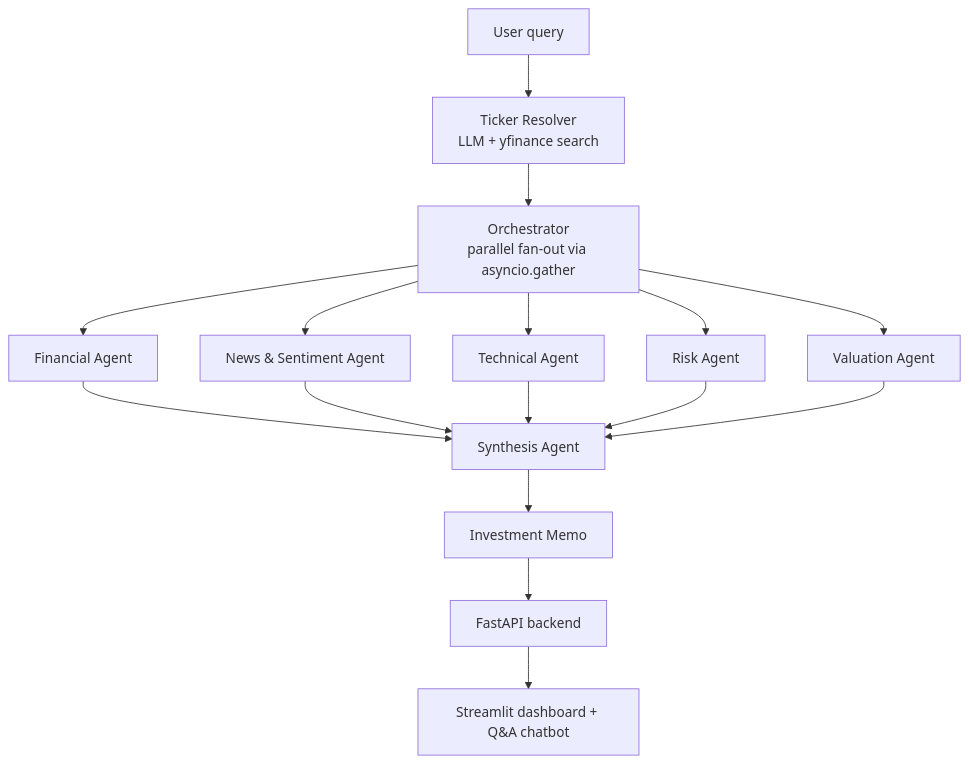
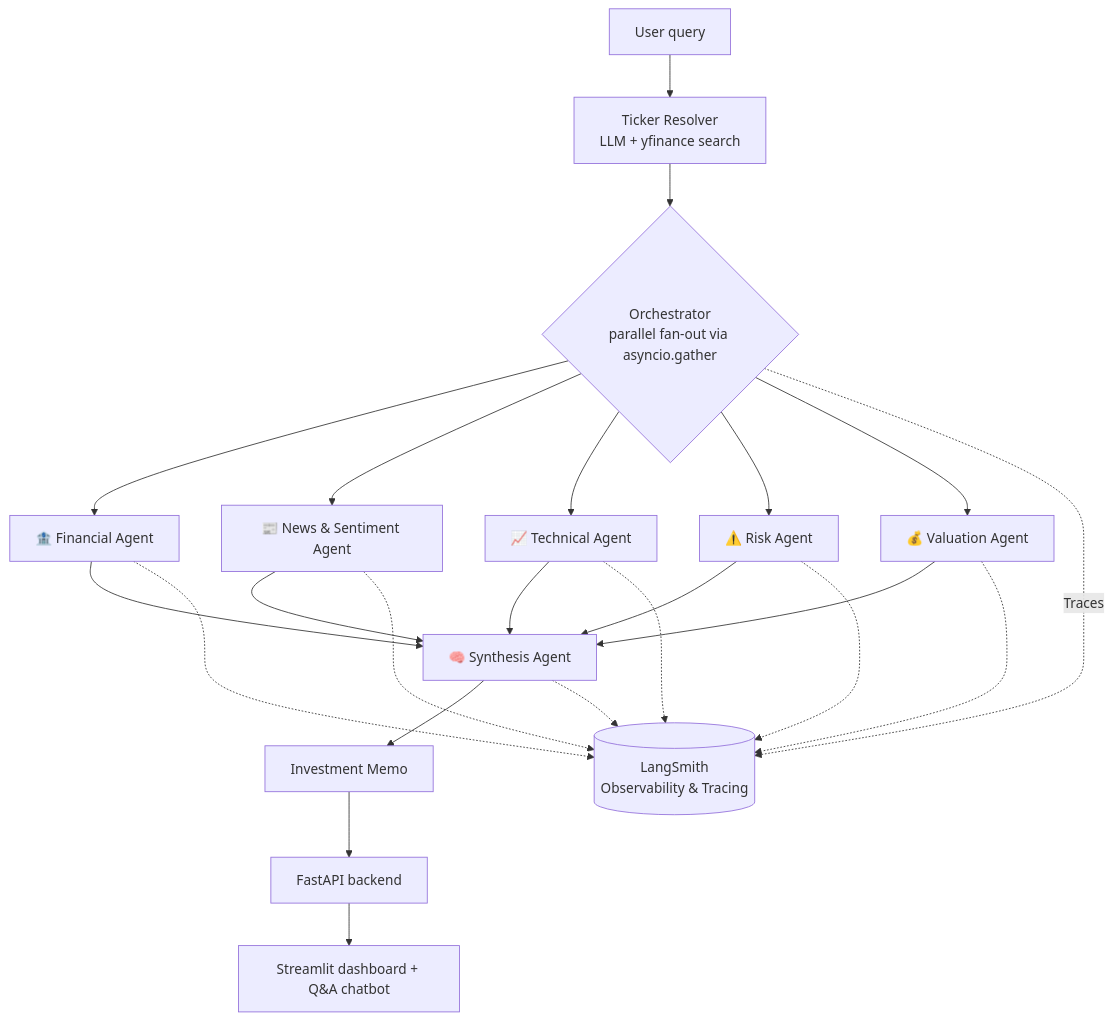
The diagram in README.md (NirbhayShegale/AlphaLens-Multi_AI_Agent_Stock_Researcher), drawn with Mermaid before and after one commit. The commit also changed other lines of this file, not shown here.

````diff
--- a/README.md
+++ b/README.md
@@ -9,18 +33,32 @@
 ```mermaid
 flowchart TD
     A[User query] --> B[Ticker Resolver<br/>LLM + yfinance search]
-    B --> C[Orchestrator<br/>parallel fan-out via asyncio.gather]
-    C --> D[Financial Agent]
-    C --> E[News & Sentiment Agent]
-    C --> F[Technical Agent]
-    C --> G[Risk Agent]
-    C --> H[Valuation Agent]
-    D --> I[Synthesis Agent]
+    B --> C{Orchestrator<br/>parallel fan-out via asyncio.gather}
+    
+    C --> D[🏦 Financial Agent]
+    C --> E[📰 News & Sentiment Agent]
+    C --> F[📈 Technical Agent]
+    C --> G[⚠️ Risk Agent]
+    C --> H[💰 Valuation Agent]
+    
+    D --> I[🧠 Synthesis Agent]
     E --> I
     F --> I
     G --> I
     H --> I
+    
     I --> J[Investment Memo]
     J --> K[FastAPI backend]
     K --> L[Streamlit dashboard + Q&A chatbot]
+    
+    %% Observability Layer
+    M[(LangSmith<br/>Observability & Tracing)]
+    
+    C -. Traces .-> M
+    D -.-> M
+    E -.-> M
+    F -.-> M
+    G -.-> M
+    H -.-> M
+    I -.-> M
 ```
````
